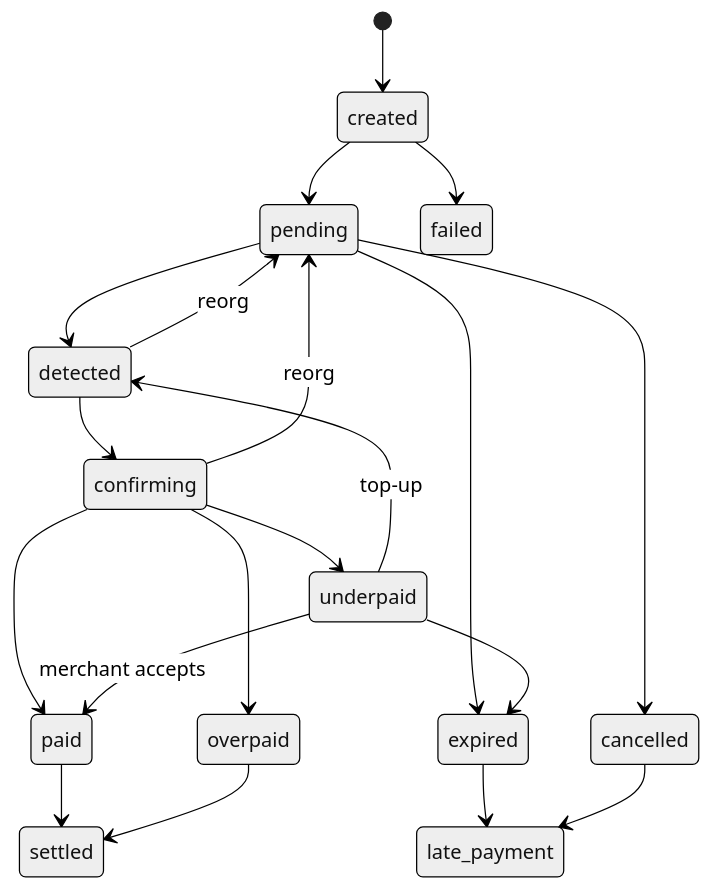
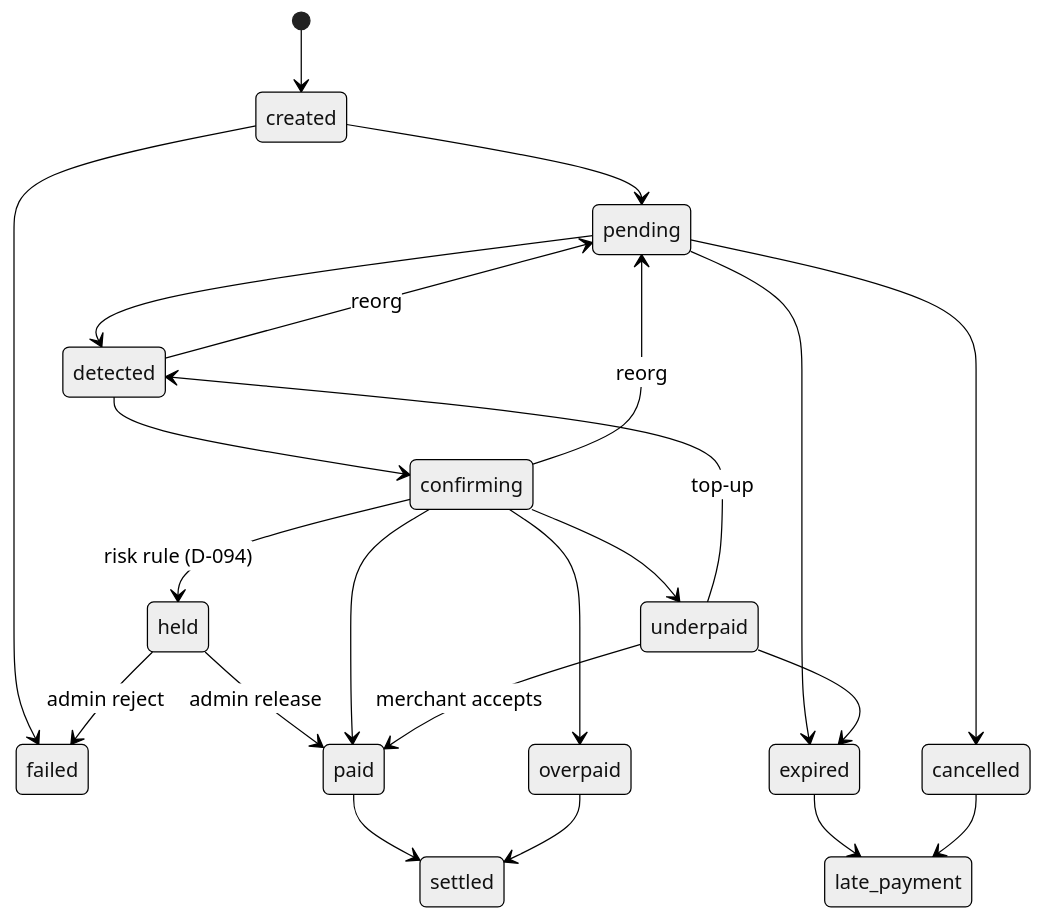
One commit to sumit-kotiya789/gateway changed the second of 2 diagrams in docs/ARCHITECTURE.md. Above: the diagram before and after it, drawn with Mermaid (neutral theme). The commit also changed 31 other files, not shown here.

First line of the commit message:
feat: M9 risk hooks: held invoices, payer blocklist, live merchant limits

````diff
--- a/docs/ARCHITECTURE.md
+++ b/docs/ARCHITECTURE.md
@@ -109,22 +109,25 @@
 ```mermaid
 stateDiagram-v2
   [*] --> created
   created --> pending
   created --> failed
   pending --> detected
   pending --> expired
   pending --> cancelled
   detected --> confirming
   detected --> pending: reorg
   confirming --> pending: reorg
+  confirming --> held: risk rule (D-094)
+  held --> paid: admin release
+  held --> failed: admin reject
   confirming --> paid
   confirming --> underpaid
   confirming --> overpaid
   underpaid --> detected: top-up
   underpaid --> paid: merchant accepts
   underpaid --> expired
   paid --> settled
   overpaid --> settled
   expired --> late_payment
   cancelled --> late_payment
 ```
````
